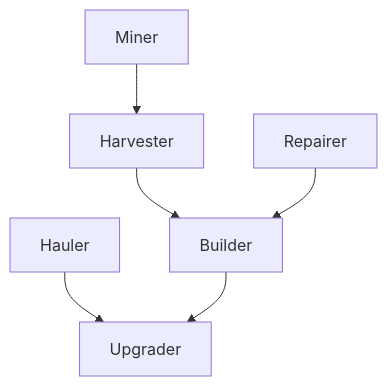
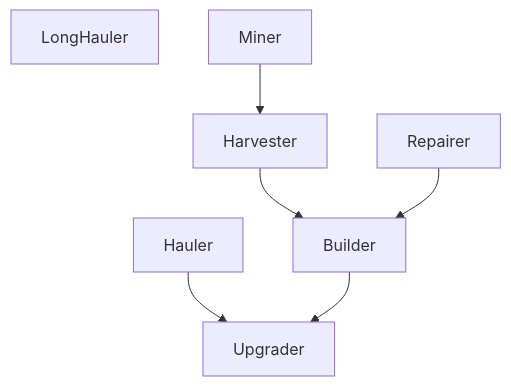
Before and after one commit to Notgnoshi/screeps: the diagram in README.md, drawn with Mermaid. The commit also changed 1 other file, not shown here.

Commit message:
Bump up the number of builders
I'm at a mostly steady-state now, where there's not much to do except
watch the upgraders upgrade, so make more builders, so that upgrading
goes faster.

````diff
--- a/README.md
+++ b/README.md
@@ -9,6 +9,7 @@
 ```mermaid
 flowchart TD
+    LongHauler
     Hauler --> Upgrader
     Miner --> Harvester --> Builder --> Upgrader
     Repairer --> Builder
 ```
````
